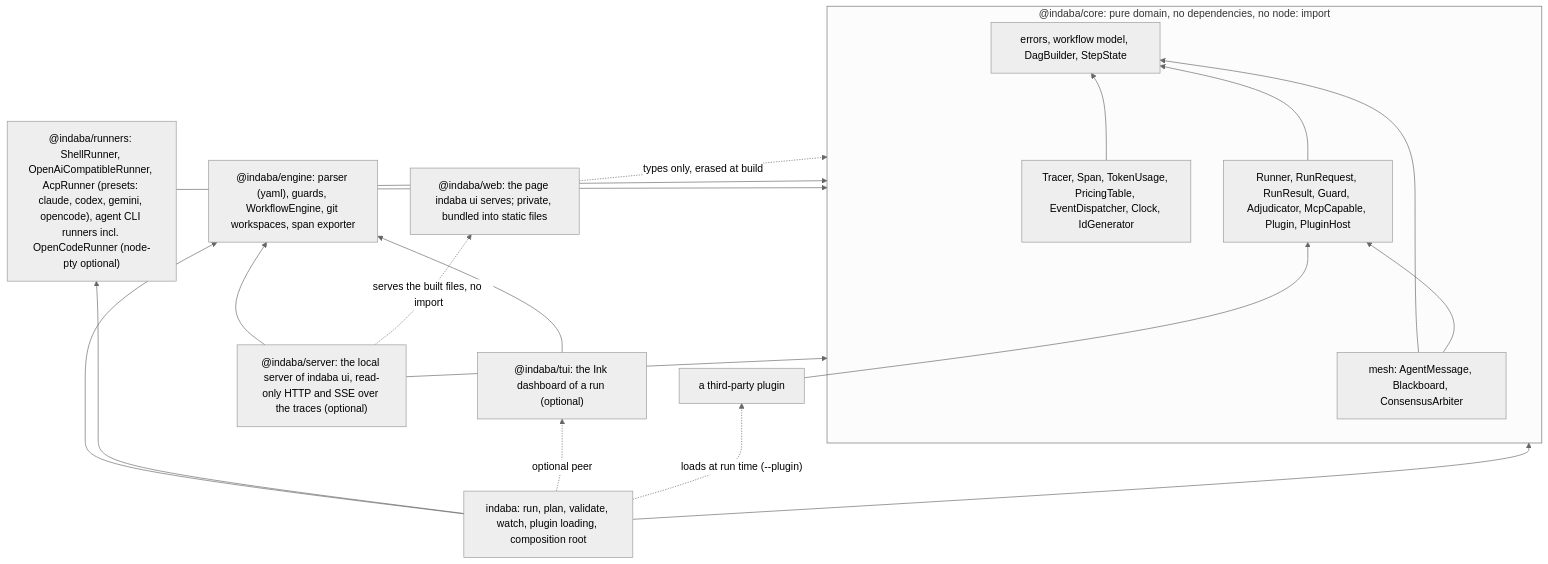
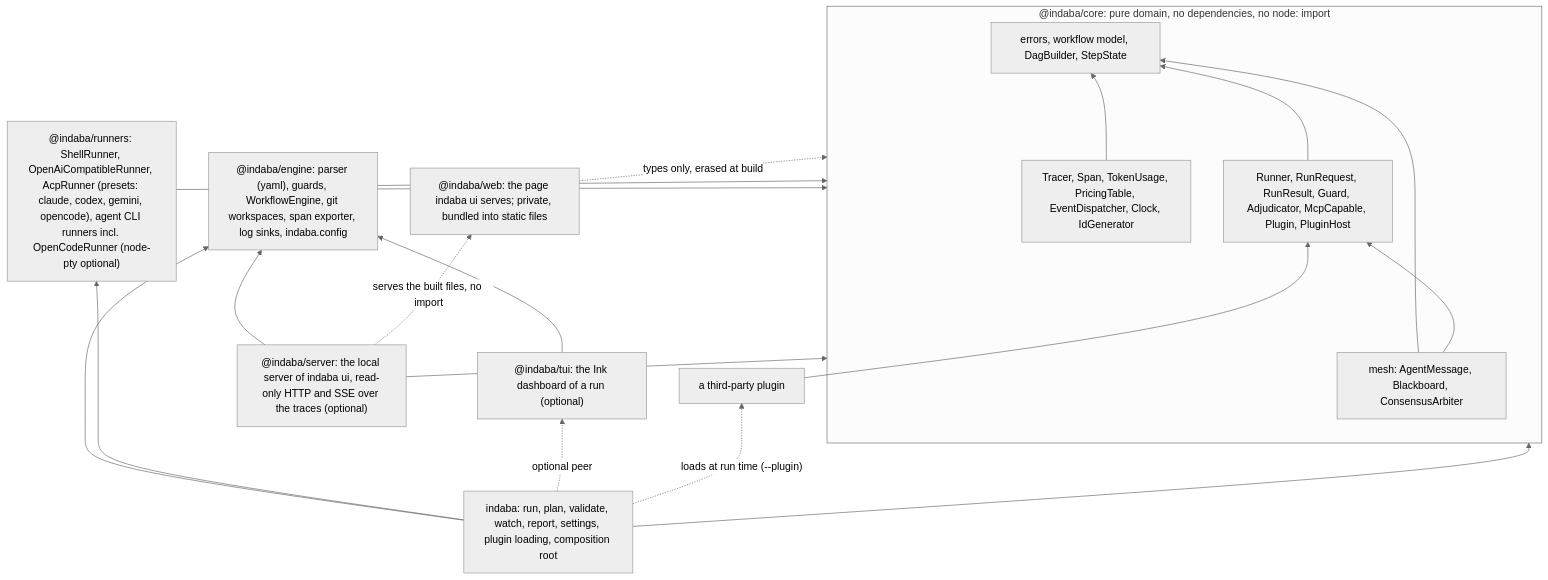
The first of 2 diagrams in specs/DEPENDENCY_MAP.md (yaotzin1/indaba), drawn with Mermaid (neutral theme) before and after one commit. The commit also changed other lines of this file and 53 other files, not shown here.

First line of the commit message:
feat(logging): indaba.config, remote and plugin sinks, full redaction, Settings screen (#54)

````diff
--- a/specs/DEPENDENCY_MAP.md
+++ b/specs/DEPENDENCY_MAP.md
@@ -7,35 +7,35 @@
 ```mermaid
 graph BT
     subgraph Domain["@indaba/core: pure domain, no dependencies, no node: import"]
         Core["errors, workflow model, DagBuilder, StepState"]
         Mesh["mesh: AgentMessage, Blackboard, ConsensusArbiter"]
         Contracts["Runner, RunRequest, RunResult, Guard, Adjudicator, McpCapable, Plugin, PluginHost"]
         Obs["Tracer, Span, TokenUsage, PricingTable, EventDispatcher, Clock, IdGenerator"]
     end
 
-    Engine["@indaba/engine: parser (yaml), guards, WorkflowEngine, git workspaces, span exporter"]
+    Engine["@indaba/engine: parser (yaml), guards, WorkflowEngine, git workspaces, span exporter, log sinks, indaba.config"]
     Runners["@indaba/runners: ShellRunner, OpenAiCompatibleRunner, AcpRunner (presets: claude, codex, gemini, opencode), agent CLI runners incl. OpenCodeRunner (node-pty optional)"]
-    Cli["indaba: run, plan, validate, watch, plugin loading, composition root"]
+    Cli["indaba: run, plan, validate, watch, report, settings, plugin loading, composition root"]
     Tui["@indaba/tui: the Ink dashboard of a run (optional)"]
     Server["@indaba/server: the local server of indaba ui, read-only HTTP and SSE over the traces (optional)"]
     Web["@indaba/web: the page indaba ui serves; private, bundled into static files"]
     Plugin["a third-party plugin"]
 
     Mesh --> Core
     Mesh --> Contracts
     Contracts --> Core
     Obs --> Core
     Engine --> Domain
     Runners --> Domain
     Cli --> Engine
     Cli --> Runners
     Cli --> Domain
     Cli -. "optional peer" .-> Tui
     Tui --> Engine
     Server --> Engine
     Server --> Domain
     Web -. "types only, erased at build" .-> Domain
     Server -. "serves the built files, no import" .-> Web
     Plugin --> Contracts
     Cli -. "loads at run time (--plugin)" .-> Plugin
 ```
````
